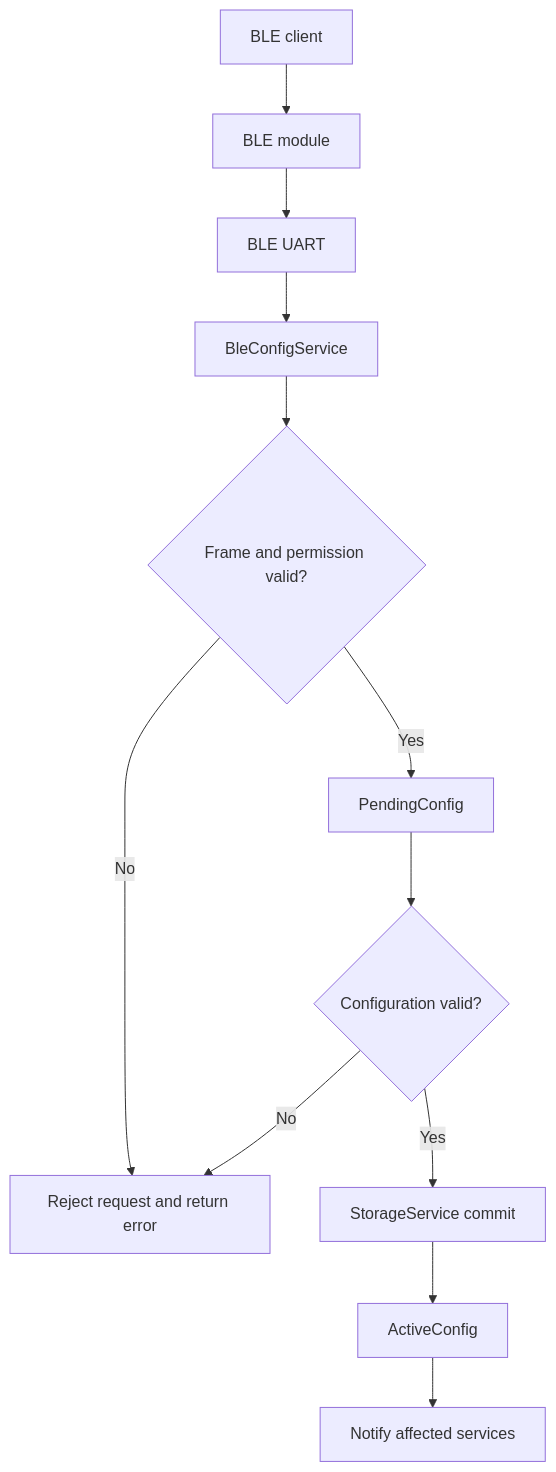
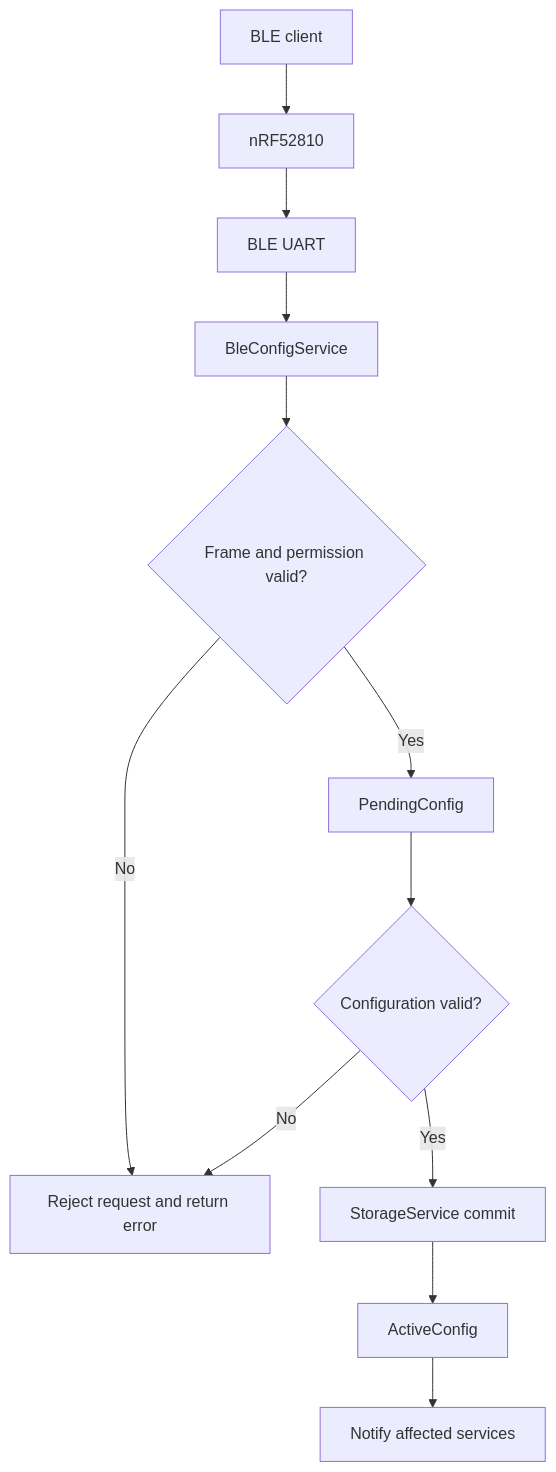
The second of 3 diagrams in 1.docs/00_overview/01_system_overview.md (whoisLePhuc/smart-water-flow-pressure-monitor), drawn with Mermaid before and after one commit. The commit also changed other lines of this file and 14 other files, not shown here.

````diff
--- a/1.docs/00_overview/01_system_overview.md
+++ b/1.docs/00_overview/01_system_overview.md
@@ -326,16 +326,16 @@
 ```mermaid
 flowchart TD
-    CLIENT["BLE client"] --> MODULE["BLE module"]
+    CLIENT["BLE client"] --> MODULE["nRF52810"]
     MODULE --> UART["BLE UART"]
     UART --> SERVICE["BleConfigService"]
     SERVICE --> FRAME{"Frame and permission valid?"}
 
     FRAME -- No --> REJECT["Reject request and return error"]
     FRAME -- Yes --> PENDING["PendingConfig"]
     PENDING --> VALIDATE{"Configuration valid?"}
 
     VALIDATE -- No --> REJECT
     VALIDATE -- Yes --> STORE["StorageService commit"]
     STORE --> ACTIVE["ActiveConfig"]
     ACTIVE --> NOTIFY["Notify affected services"]
 ```
````
